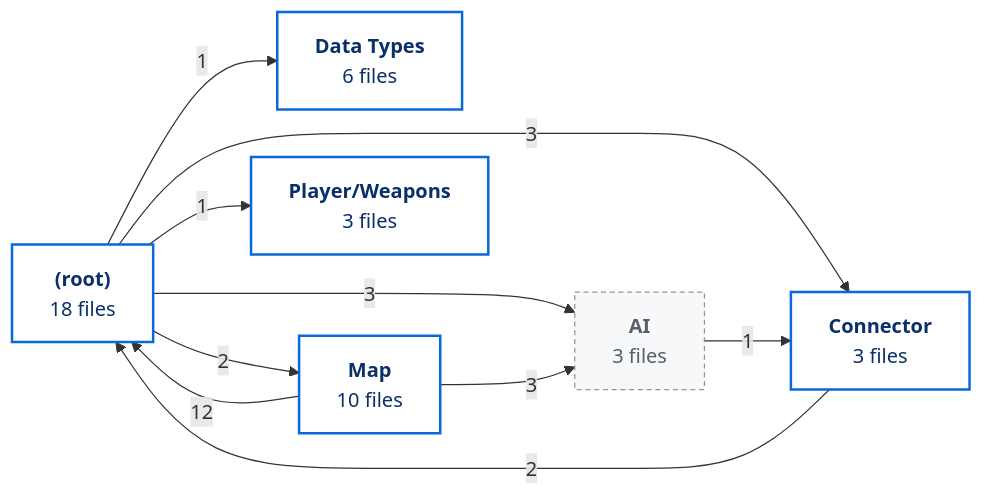
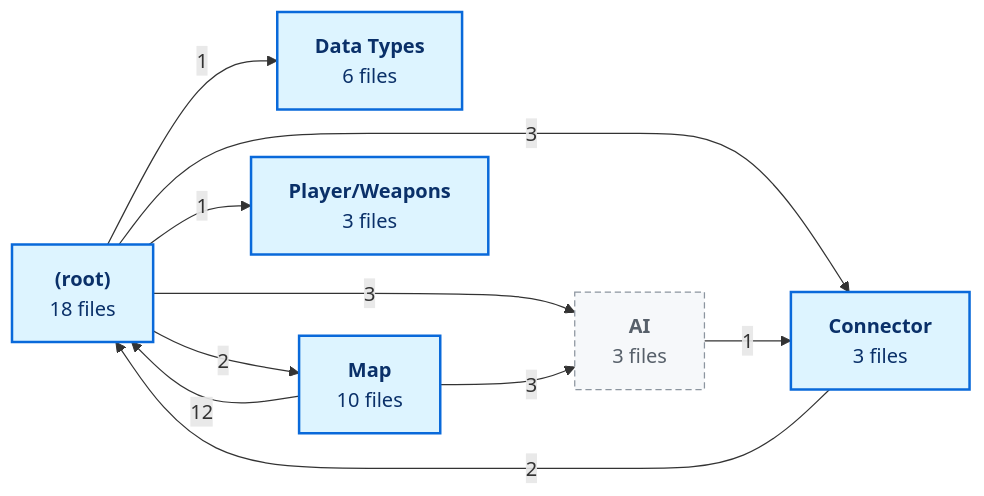
Before and after one commit to nataiai/Lord-of-the-Dungeon: the diagram in CodeGraph~/graph/index.md, drawn with Mermaid. The commit also changed 44 other files, not shown here.

````diff
--- a/CodeGraph~/graph/index.md
+++ b/CodeGraph~/graph/index.md
@@ -10,33 +10,33 @@
 ```mermaid
 ---
 config:
   flowchart:
     wrappingWidth: 320
     nodeSpacing: 18
     rankSpacing: 60
 ---
 flowchart LR
   m_F__root_["<b>(root)</b><br>18 files"]
   m_F_AI["<b>AI</b><br>3 files"]
   m_F_Connector["<b>Connector</b><br>3 files"]
   m_F_Data_Types["<b>Data Types</b><br>6 files"]
   m_F_Map["<b>Map</b><br>10 files"]
   m_F_Player_Weapons["<b>Player/Weapons</b><br>3 files"]
   m_F__root_ -->|3| m_F_AI
   m_F__root_ -->|3| m_F_Connector
   m_F__root_ -->|1| m_F_Data_Types
   m_F__root_ -->|2| m_F_Map
   m_F__root_ -->|1| m_F_Player_Weapons
   m_F_AI -->|1| m_F_Connector
   m_F_Connector -->|2| m_F__root_
   m_F_Map -->|12| m_F__root_
   m_F_Map -->|3| m_F_AI
-  classDef engine fill:#fff1c2,stroke:#9a6700,stroke-width:2px,color:#3b2300
-  classDef own fill:#ffffff,stroke:#0969da,stroke-width:2px,color:#0a3069
-  classDef ownev fill:#fff8e1,stroke:#9a6700,stroke-width:2px,color:#3b2300
+  classDef engine fill:#dafbe1,stroke:#1a7f37,stroke-width:2px,color:#0f3d1d
+  classDef own fill:#ddf4ff,stroke:#0969da,stroke-width:2px,color:#0a3069
+  classDef ownev fill:#ddf4ff,stroke:#1a7f37,stroke-width:2px,color:#0a3069
   classDef other fill:#f6f8fa,stroke:#8c959f,color:#24292f
-  classDef ext fill:#f6f8fa,stroke:#8c959f,stroke-dasharray:4 3,color:#57606a
+  classDef ext fill:#f6f8fa,stroke:#8c959f,stroke-dasharray:5 3,color:#57606a
   classDef more fill:#ffffff,stroke:#d0d7de,stroke-dasharray:2 2,color:#57606a
   class m_F_AI ext
   class m_F__root_,m_F_Connector,m_F_Data_Types,m_F_Map,m_F_Player_Weapons own
 ```
````
